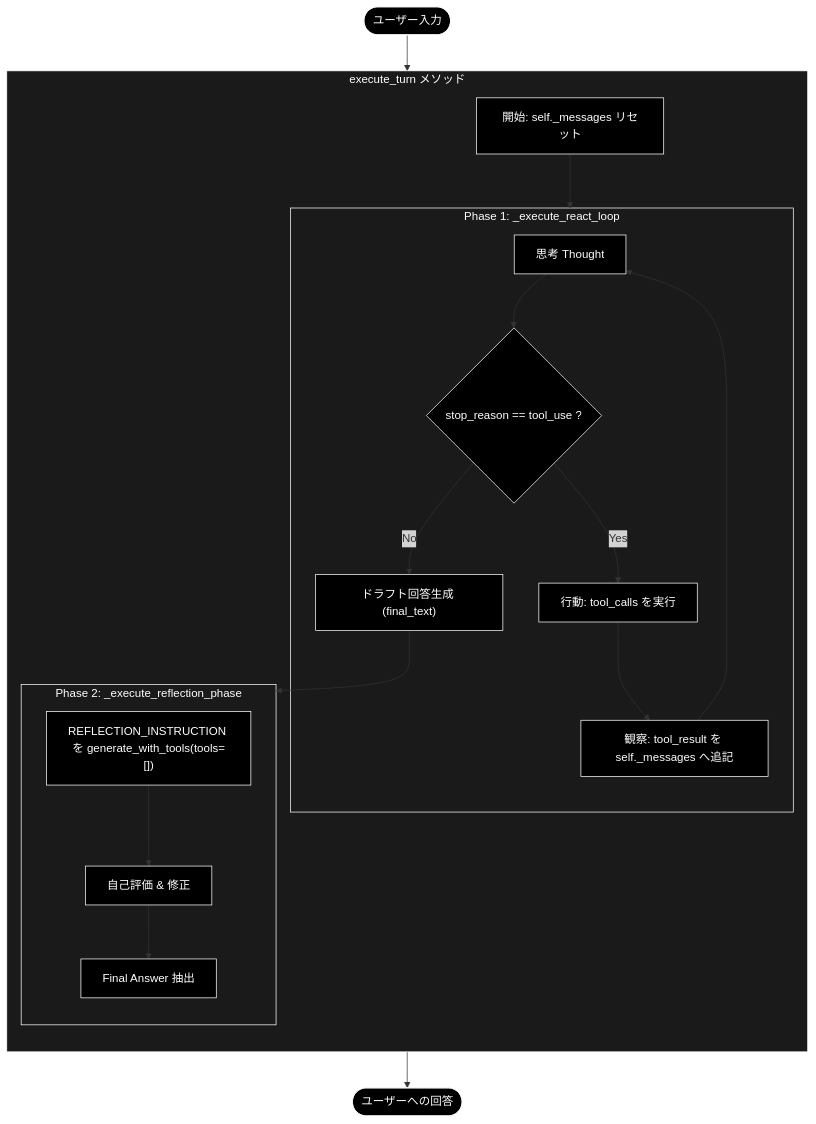
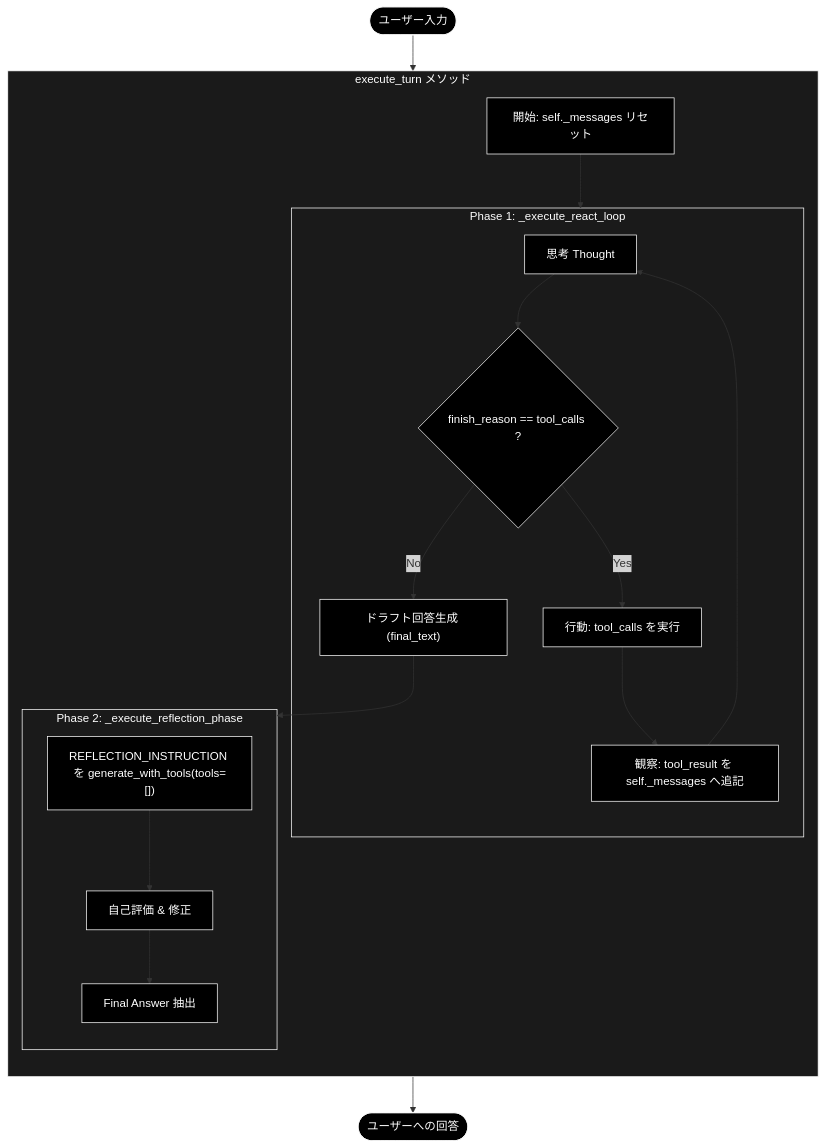
One commit to nakashima2toshio/ollama_grace_agent_v2 changed the seventh of 10 diagrams in readme_react_reflection.md. Above: the diagram before and after it, drawn with Mermaid. The commit also changed other lines of this file and 5 other files, not shown here.

````diff
--- a/readme_react_reflection.md
+++ b/readme_react_reflection.md
@@ -729,30 +731,30 @@
 ```mermaid
 flowchart TD
     User(["ユーザー入力"]) --> Start
     subgraph Agent_Process ["execute_turn メソッド"]
         direction TB
         Start["開始: self._messages リセット"] --> ReAct_Phase
 
         subgraph ReAct_Phase ["Phase 1: _execute_react_loop"]
-            Think["思考 Thought"] --> Decide{"stop_reason == tool_use ?"}
+            Think["思考 Thought"] --> Decide{"finish_reason == tool_calls ?"}
             Decide -- Yes --> Action["行動: tool_calls を実行"]
             Action --> Observe["観察: tool_result を self._messages へ追記"]
             Observe --> Think
             Decide -- No --> Draft["ドラフト回答生成 (final_text)"]
         end
 
         Draft --> Reflection_Phase
 
         subgraph Reflection_Phase ["Phase 2: _execute_reflection_phase"]
             Review["REFLECTION_INSTRUCTION を generate_with_tools(tools=[])"] --> Critique["自己評価 & 修正"]
             Critique --> Finalize["Final Answer 抽出"]
         end
     end
     Finalize --> Output(["ユーザーへの回答"])
 classDef default fill:#000,stroke:#fff,color:#fff
 classDef subgraphStyle fill:#1a1a1a,stroke:#fff,color:#fff
 class User,Start,Think,Decide,Action,Observe,Draft,Review,Critique,Finalize,Output default
 style Agent_Process fill:#1a1a1a,stroke:#fff,color:#fff
 style ReAct_Phase fill:#1a1a1a,stroke:#fff,color:#fff
 style Reflection_Phase fill:#1a1a1a,stroke:#fff,color:#fff
 ```
````
